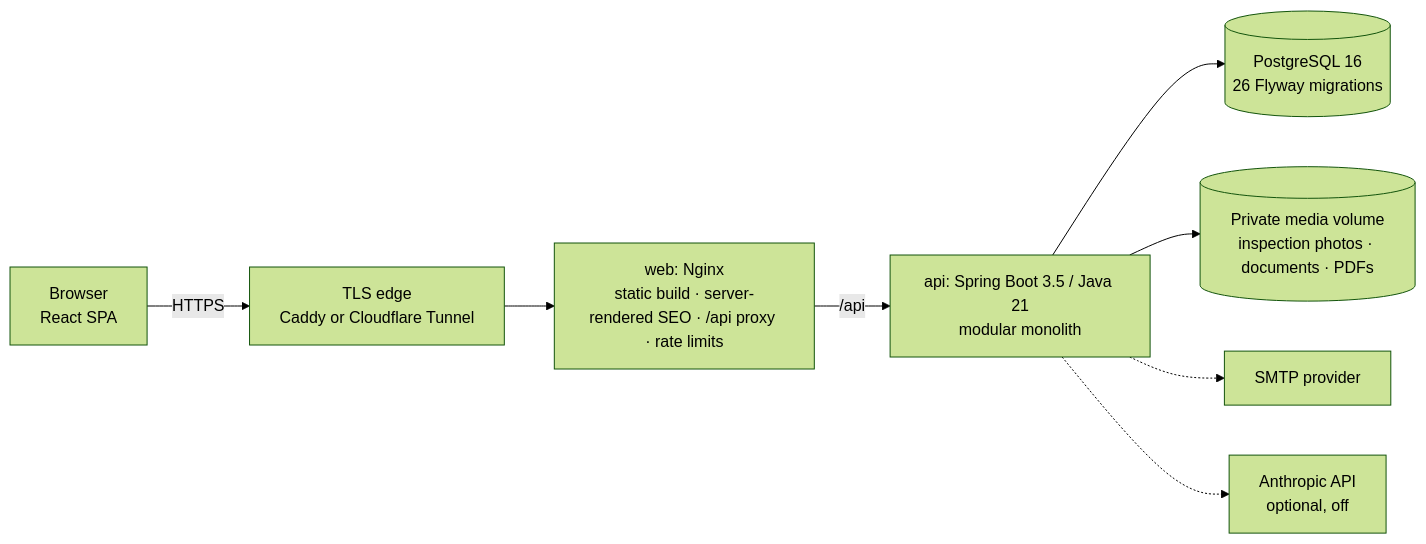
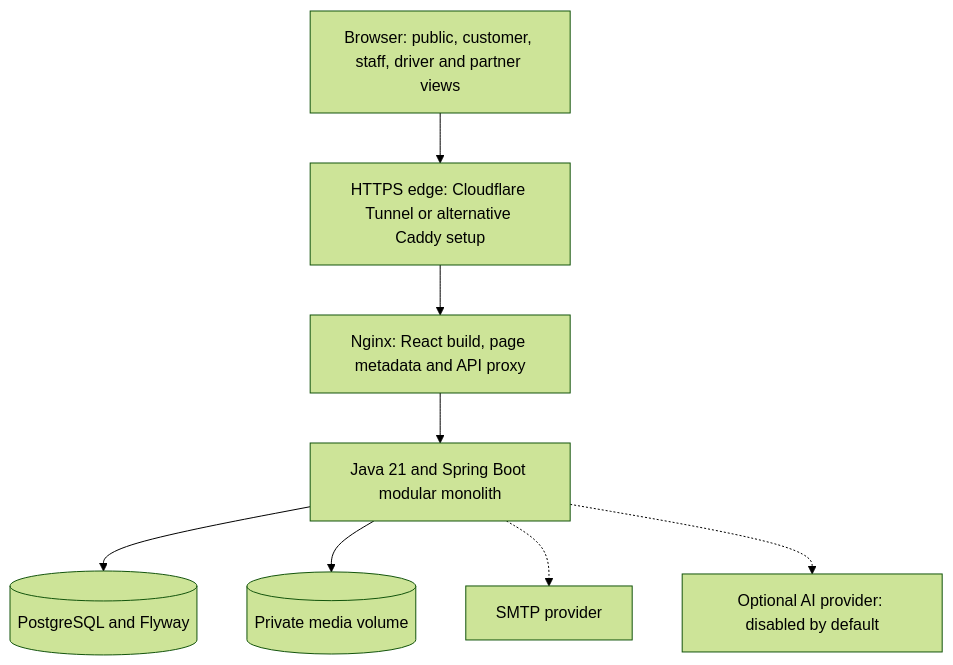
One commit to mlftsh030/SL-Tours-management-system changed the diagram in README.md. Above: the diagram before and after it, drawn with Mermaid (forest theme). The commit also changed other lines of this file, not shown here.

````diff
--- a/README.md
+++ b/README.md
@@ -44,10 +75,10 @@
 ```mermaid
-flowchart LR
-  B[Browser<br/>React SPA] -- HTTPS --> E[TLS edge<br/>Caddy or Cloudflare Tunnel]
-  E --> W[web: Nginx<br/>static build · server-rendered SEO · /api proxy · rate limits]
-  W -- /api --> A[api: Spring Boot 3.5 / Java 21<br/>modular monolith]
-  A --> DB[(PostgreSQL 16<br/>26 Flyway migrations)]
-  A --> M[(Private media volume<br/>inspection photos · documents · PDFs)]
-  A -.-> S[SMTP provider]
-  A -.-> L[Anthropic API<br/>optional, off]
+flowchart TD
+  B["Browser: public, customer, staff, driver and partner views"] --> E["HTTPS edge: Cloudflare Tunnel or alternative Caddy setup"]
+  E --> W["Nginx: React build, page metadata and API proxy"]
+  W --> A["Java 21 and Spring Boot modular monolith"]
+  A --> DB[("PostgreSQL and Flyway")]
+  A --> M[("Private media volume")]
+  A -.-> S["SMTP provider"]
+  A -.-> L["Optional AI provider: disabled by default"]
 ```
````
